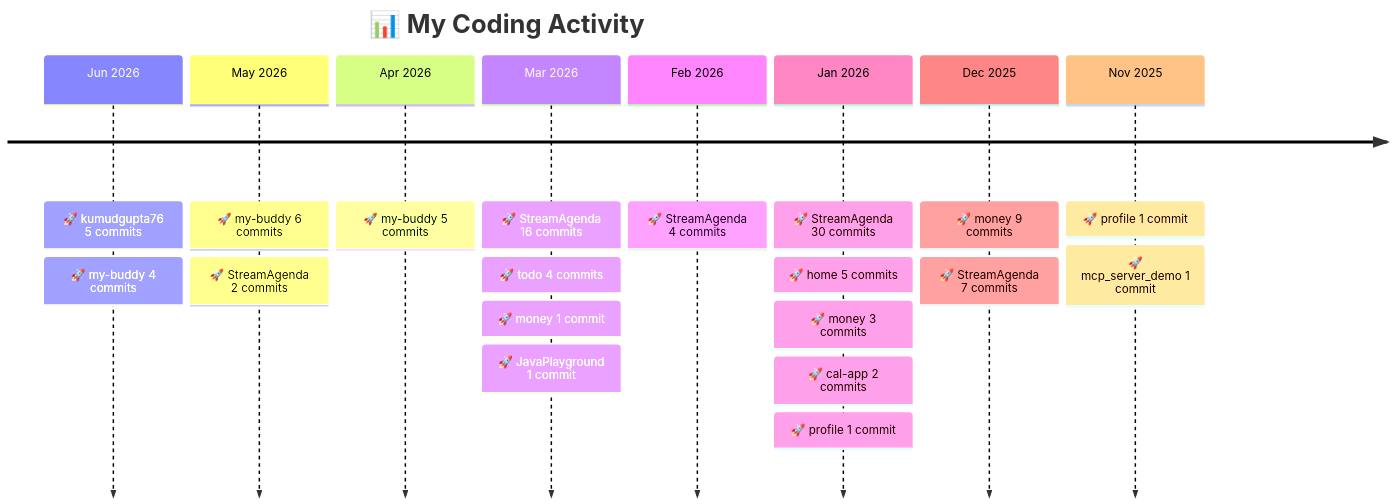
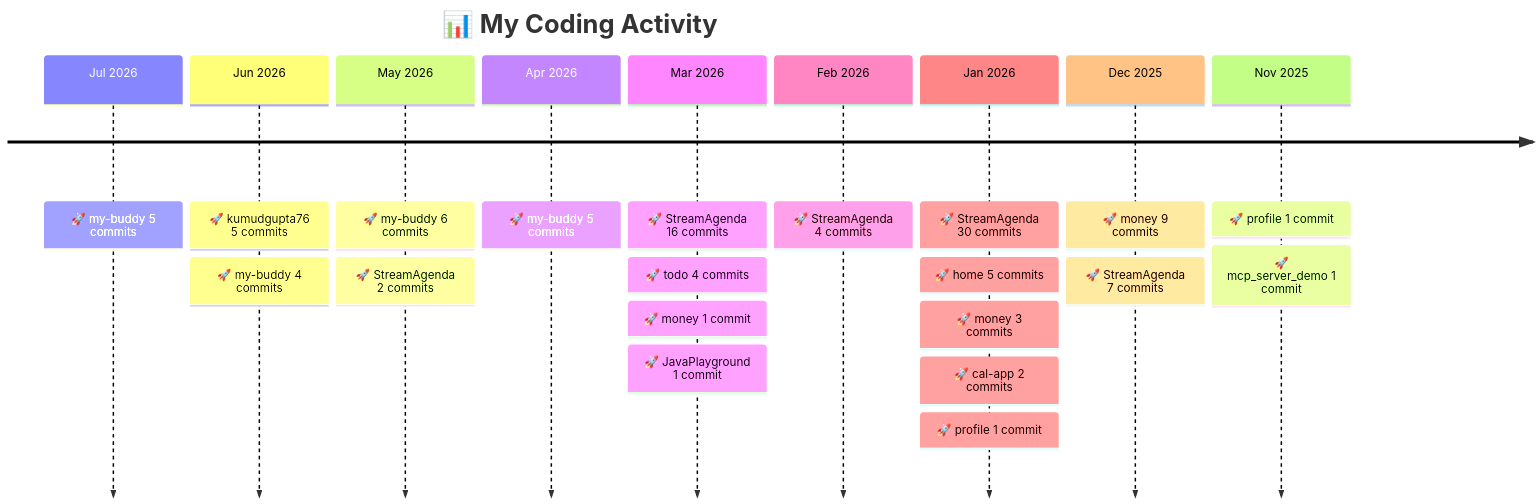
The diagram in README.md (kumudgupta76/kumudgupta76), drawn with Mermaid before and after one commit. The commit also changed other lines of this file, not shown here.

Commit message:
chore: update project timeline [skip ci]

````diff
--- a/README.md
+++ b/README.md
@@ -39,12 +39,13 @@
 ```mermaid
 timeline
     title 📊 My Coding Activity
+    Jul 2026 : 🚀 my-buddy 5 commits
     Jun 2026 : 🚀 kumudgupta76 5 commits : 🚀 my-buddy 4 commits
     May 2026 : 🚀 my-buddy 6 commits : 🚀 StreamAgenda 2 commits
     Apr 2026 : 🚀 my-buddy 5 commits
     Mar 2026 : 🚀 StreamAgenda 16 commits : 🚀 todo 4 commits : 🚀 money 1 commit : 🚀 JavaPlayground 1 commit
     Feb 2026 : 🚀 StreamAgenda 4 commits
     Jan 2026 : 🚀 StreamAgenda 30 commits : 🚀 home 5 commits : 🚀 money 3 commits : 🚀 cal-app 2 commits : 🚀 profile 1 commit
     Dec 2025 : 🚀 money 9 commits : 🚀 StreamAgenda 7 commits
     Nov 2025 : 🚀 profile 1 commit : 🚀 mcp_server_demo 1 commit
 ```
````
